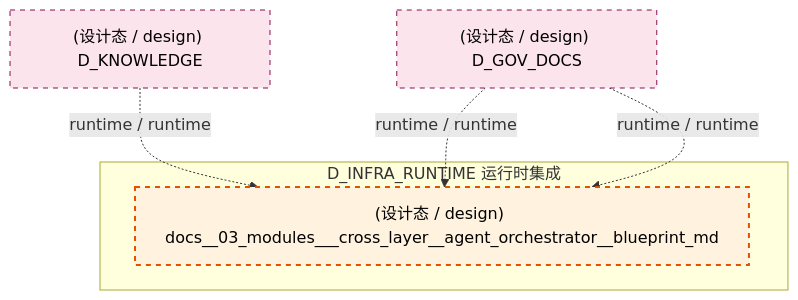
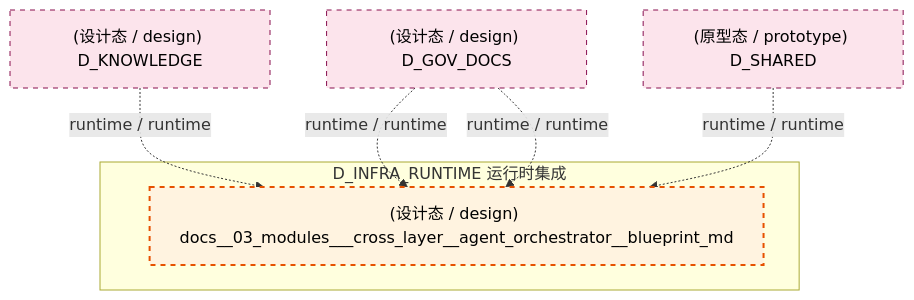
The eighth of 10 diagrams in docs/02_enterprise_architecture/02_domain_architecture_docs/04_d_infra_runtime.md (xuanFelixVan/ZephyrAlpha), drawn with Mermaid before and after one commit. The commit also changed other lines of this file and 80 other files, not shown here.

````diff
--- a/docs/02_enterprise_architecture/02_domain_architecture_docs/04_d_infra_runtime.md
+++ b/docs/02_enterprise_architecture/02_domain_architecture_docs/04_d_infra_runtime.md
@@ -1040,17 +1041,19 @@
 ```mermaid
 graph TD
     subgraph D_INFRA_RUNTIME["D_INFRA_RUNTIME 运行时集成"]
         docs_03_modules_cross_layer_agent_orchestrator_blueprint_md["(设计态 / design) docs__03_modules___cross_layer__agent_orchestrator__blueprint_md"]
     end
     D_KNOWLEDGE["(设计态 / design) D_KNOWLEDGE"]
     D_KNOWLEDGE -.->|runtime / runtime| docs_03_modules_cross_layer_agent_orchestrator_blueprint_md
     D_GOV_DOCS["(设计态 / design) D_GOV_DOCS"]
     D_GOV_DOCS -.->|runtime / runtime| docs_03_modules_cross_layer_agent_orchestrator_blueprint_md
     D_GOV_DOCS -.->|runtime / runtime| docs_03_modules_cross_layer_agent_orchestrator_blueprint_md
+    D_SHARED["(原型态 / prototype) D_SHARED"]
+    D_SHARED -.->|runtime / runtime| docs_03_modules_cross_layer_agent_orchestrator_blueprint_md
     classDef production fill:#e1f5fe,stroke:#01579b,stroke-width:2px,color:#000
     classDef design fill:#fff3e0,stroke:#e65100,stroke-width:2px,color:#000,stroke-dasharray: 5 5
     classDef external_prod fill:#e8f5e9,stroke:#1b5e20,stroke-width:1px,color:#000
     classDef external_design fill:#fce4ec,stroke:#880e4f,stroke-width:1px,color:#000,stroke-dasharray: 5 5
     class docs_03_modules_cross_layer_agent_orchestrator_blueprint_md design
-    class D_KNOWLEDGE,D_GOV_DOCS external_design
+    class D_KNOWLEDGE,D_GOV_DOCS,D_SHARED external_design
 ```
````
